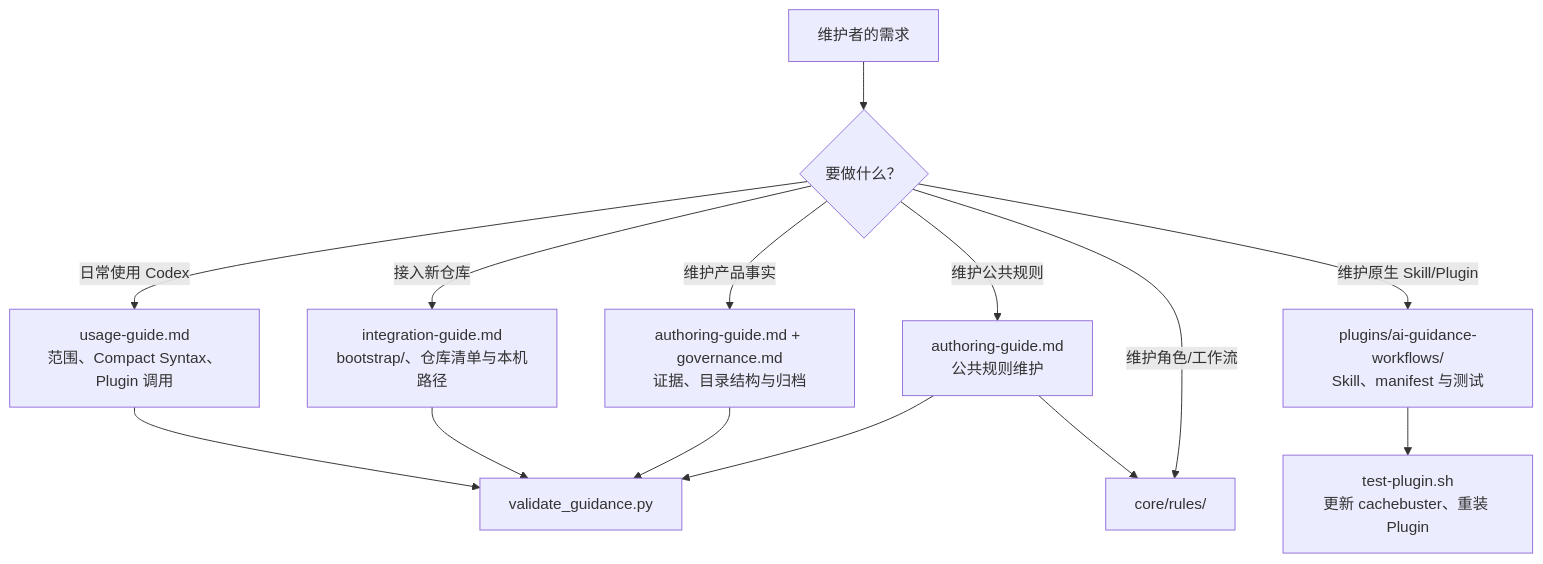
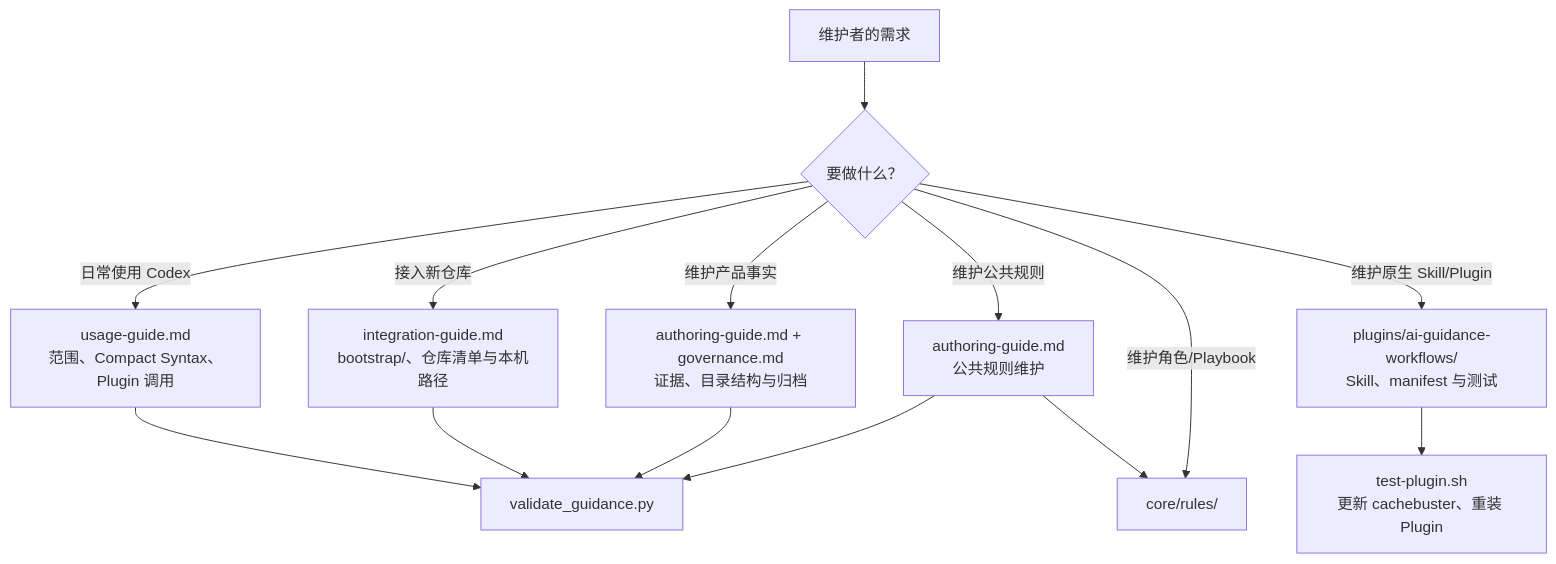
The second of 2 diagrams in docs/project-guide.md (cnxutu/tu-engineering-workbench), drawn with Mermaid before and after one commit. The commit also changed other lines of this file and 44 other files, not shown here.

````diff
--- a/docs/project-guide.md
+++ b/docs/project-guide.md
@@ -62,15 +62,15 @@
 ```mermaid
 flowchart TD
     M[维护者的需求] --> T{要做什么？}
     T -->|日常使用 Codex| U[usage-guide.md\n范围、Compact Syntax、Plugin 调用]
     T -->|接入新仓库| I[integration-guide.md\nbootstrap/、仓库清单与本机路径]
     T -->|维护产品事实| A[authoring-guide.md + governance.md\n证据、目录结构与归档]
     T -->|维护公共规则| R[authoring-guide.md\n公共规则维护] --> C[core/rules/]
-    T -->|维护角色/工作流| C
+    T -->|维护角色/Playbook| C
     T -->|维护原生 Skill/Plugin| P[plugins/ai-guidance-workflows/\nSkill、manifest 与测试]
     U --> V[validate_guidance.py]
     I --> V
     A --> V
     R --> V
     P --> PT[test-plugin.sh\n更新 cachebuster、重装 Plugin]
 ```
````
